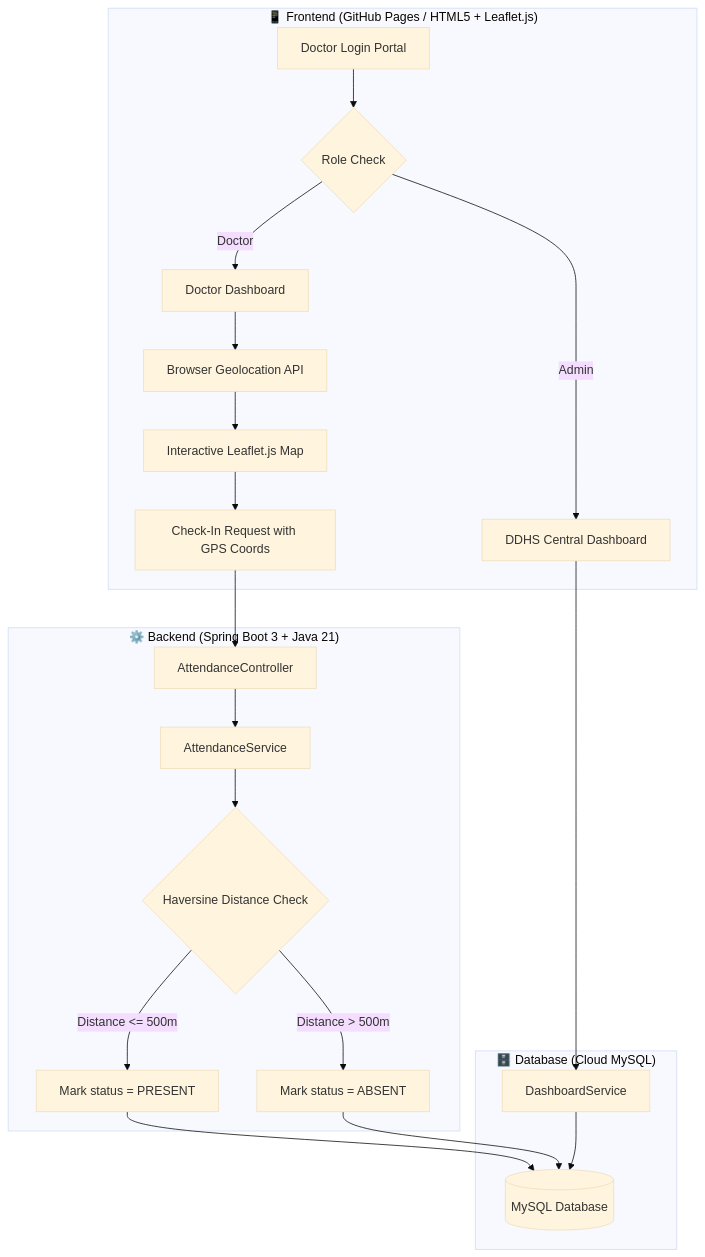
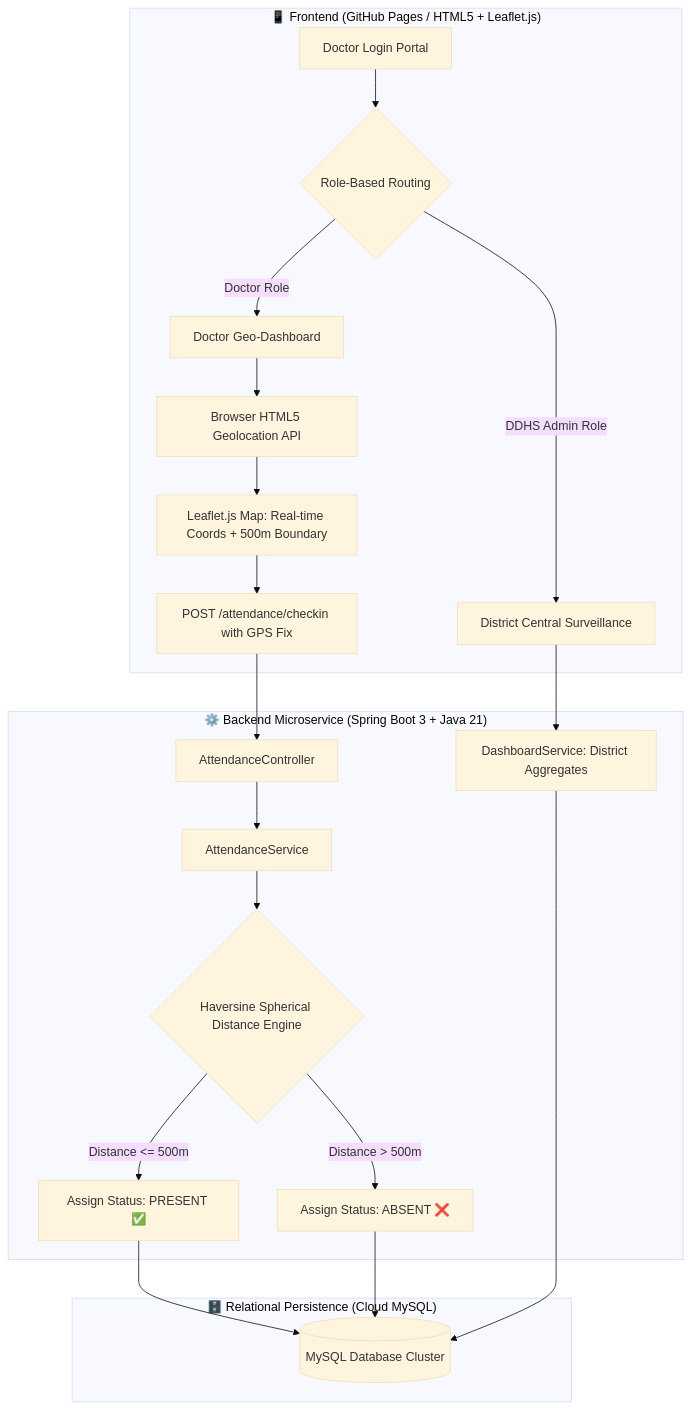
One commit to ranjithbrs/phc-doctor-attendance-system changed the first of 2 diagrams in README.md. Above: the diagram before and after it, drawn with Mermaid (base theme). The commit also changed other lines of this file, not shown here.

Commit message:
Elevate README with standardized badges, Mermaid ER diagram, and author links

````diff
--- a/README.md
+++ b/README.md
@@ -43,27 +41,27 @@
 ```mermaid
 flowchart TD
     subgraph Client["📱 Frontend (GitHub Pages / HTML5 + Leaflet.js)"]
-        A[Doctor Login Portal] --> B{Role Check}
-        B -->|Doctor| C[Doctor Dashboard]
-        B -->|Admin| D[DDHS Central Dashboard]
+        A[Doctor Login Portal] --> B{Role-Based Routing}
+        B -->|Doctor Role| C[Doctor Geo-Dashboard]
+        B -->|DDHS Admin Role| D[District Central Surveillance]
         
-        C --> E[Browser Geolocation API]
-        E --> F[Interactive Leaflet.js Map]
-        F --> G[Check-In Request with GPS Coords]
+        C --> E[Browser HTML5 Geolocation API]
+        E --> F[Leaflet.js Map: Real-time Coords + 500m Boundary]
+        F --> G[POST /attendance/checkin with GPS Fix]
     end
 
-    subgraph Backend["⚙️ Backend (Spring Boot 3 + Java 21)"]
+    subgraph Backend["⚙️ Backend Microservice (Spring Boot 3 + Java 21)"]
         G --> H[AttendanceController]
         H --> I[AttendanceService]
-        I --> J{Haversine Distance Check}
-        J -->|Distance <= 500m| K[Mark status = PRESENT]
-        J -->|Distance > 500m| L[Mark status = ABSENT]
+        I --> J{Haversine Spherical Distance Engine}
+        J -->|Distance <= 500m| K[Assign Status: PRESENT ✅]
+        J -->|Distance > 500m| L[Assign Status: ABSENT ❌]
+        D --> N[DashboardService: District Aggregates]
     end
 
-    subgraph Database["🗄️ Database (Cloud MySQL)"]
-        K --> M[(MySQL Database)]
+    subgraph Database["🗄️ Relational Persistence (Cloud MySQL)"]
+        K --> M[(MySQL Database Cluster)]
         L --> M
-        D --> N[DashboardService]
         N --> M
     end
 ```
````
